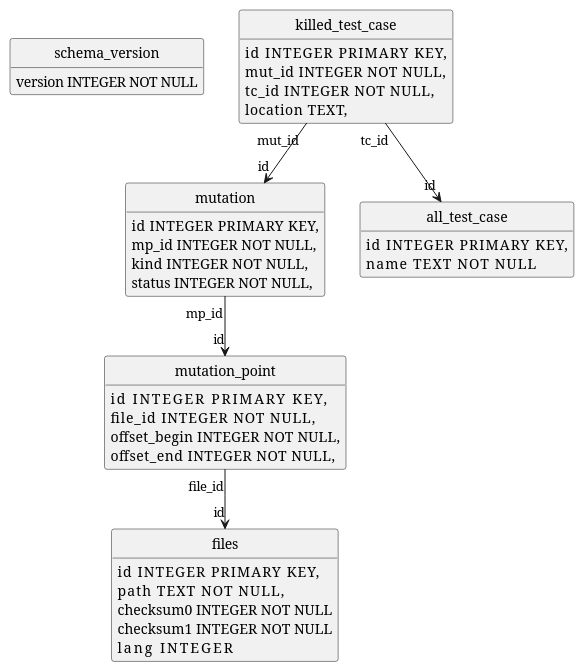
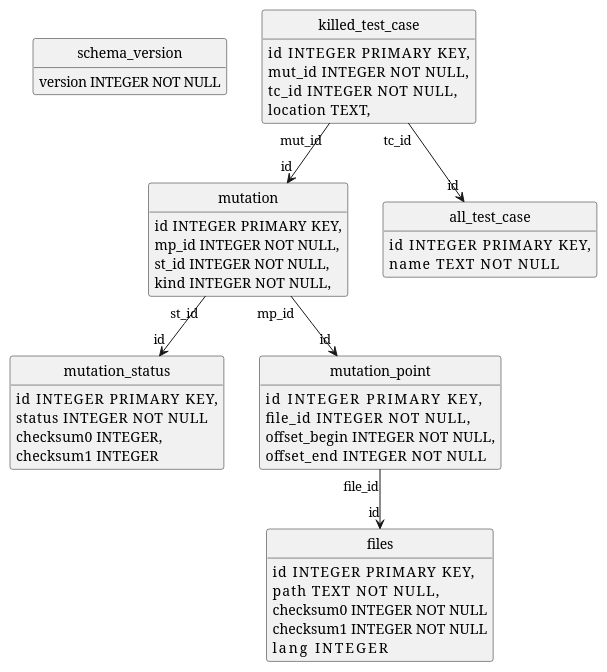
One commit to joakim-brannstrom/dextool changed the diagram in plugin/mutate/doc/design/figures/database_schema.pu. Above: the diagram before and after it, drawn with PlantUML. The commit also changed 7 other files, not shown here.

First line of the commit message:
mutate: connect test status of mutants with the checksum of the source

```diff
--- a/plugin/mutate/doc/design/figures/database_schema.pu
+++ b/plugin/mutate/doc/design/figures/database_schema.pu
@@ -1,46 +1,54 @@
 @startuml
 hide circle
 hide methods
 
 class schema_version {
     version INTEGER NOT NULL
 }
 
 class killed_test_case {
     id          INTEGER PRIMARY KEY,
     mut_id      INTEGER NOT NULL,
     tc_id       INTEGER NOT NULL,
     location    TEXT,
 }
 killed_test_case "mut_id" --> "id" mutation
 killed_test_case "tc_id" --> "id" all_test_case
 
 class all_test_case {
     id          INTEGER PRIMARY KEY,
     name        TEXT NOT NULL
 }
 
+class mutation_status {
+    id          INTEGER PRIMARY KEY,
+    status      INTEGER NOT NULL
+    checksum0   INTEGER,
+    checksum1   INTEGER
+}
+
 class mutation {
     id      INTEGER PRIMARY KEY,
     mp_id   INTEGER NOT NULL,
+    st_id   INTEGER NOT NULL,
     kind    INTEGER NOT NULL,
-    status  INTEGER NOT NULL,
 }
 mutation "mp_id" --> "id" mutation_point
+mutation "st_id" --> "id" mutation_status
 
 class mutation_point {
     id              INTEGER PRIMARY KEY,
     file_id         INTEGER NOT NULL,
     offset_begin    INTEGER NOT NULL,
-    offset_end      INTEGER NOT NULL,
+    offset_end      INTEGER NOT NULL
 }
 mutation_point "file_id" --> "id" files
 
 class files {
     id          INTEGER PRIMARY KEY,
     path        TEXT NOT NULL,
     checksum0   INTEGER NOT NULL
     checksum1   INTEGER NOT NULL
     lang        INTEGER
 }
 @enduml
```
